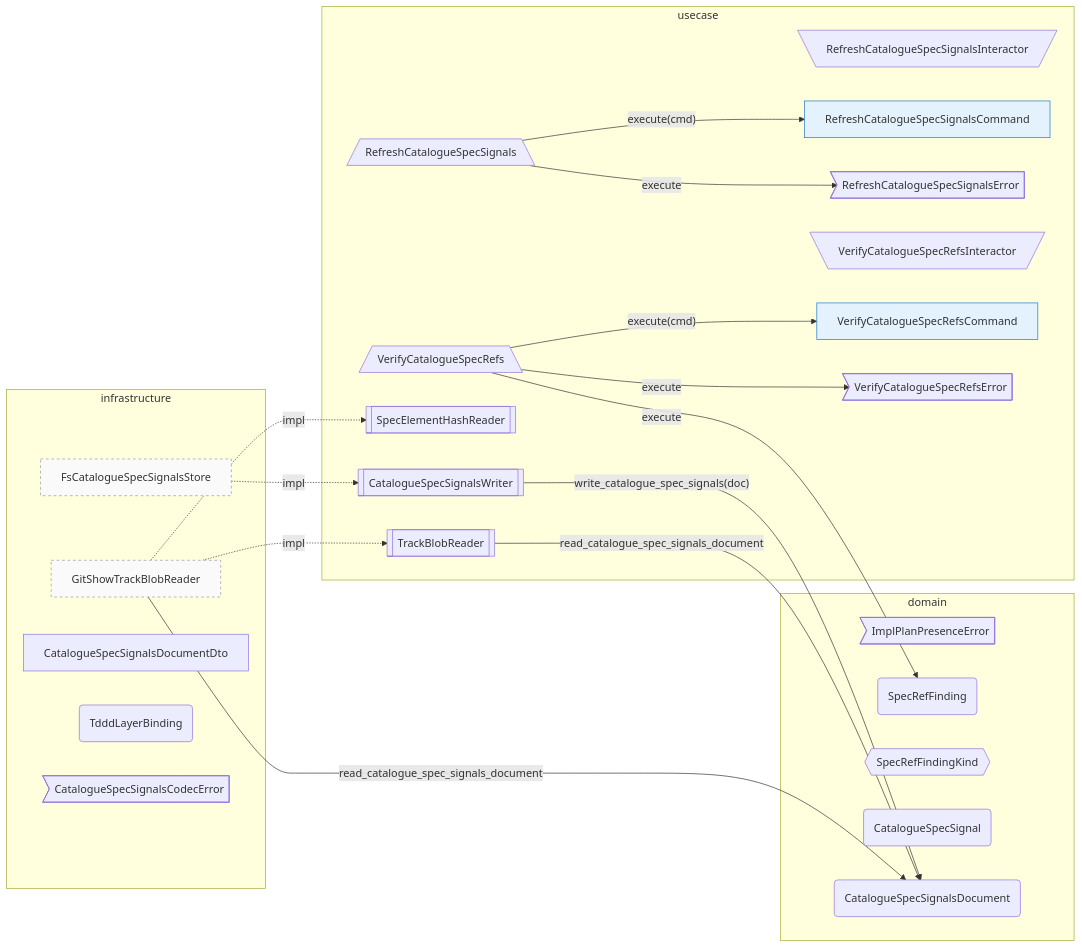
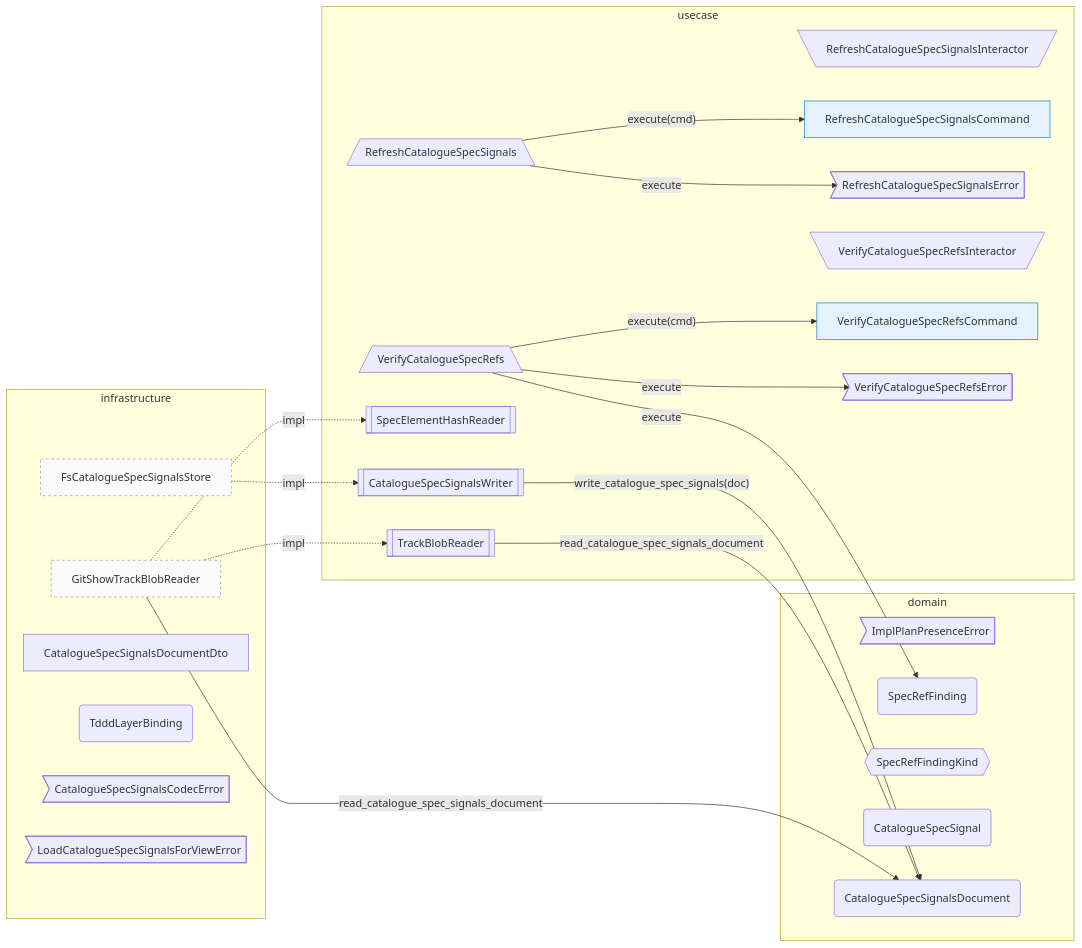
The diagram in track/items/catalogue-spec-signal-activation-2026-04-23/contract-map.md (Flip451/SoTOHE-core), drawn with Mermaid before and after one commit. The commit also changed 29 other files, not shown here.

First line of the commit message:
refactor: remove check_impl_plan_presence + fail-closed view-load (T024/T025)

````diff
--- a/track/items/catalogue-spec-signal-activation-2026-04-23/contract-map.md
+++ b/track/items/catalogue-spec-signal-activation-2026-04-23/contract-map.md
@@ -1,45 +1,46 @@
 ```mermaid
 flowchart LR
     classDef secondary_adapter fill:#fafafa,stroke:#999,stroke-dasharray: 4 4
     classDef command fill:#e3f2fd,stroke:#1976d2
     classDef query fill:#f3e5f5,stroke:#8e24aa
     classDef factory fill:#fff8e1,stroke:#f9a825
     subgraph domain [domain]
         L6_domain_ImplPlanPresenceError>ImplPlanPresenceError]
         L6_domain_SpecRefFinding(SpecRefFinding)
         L6_domain_SpecRefFindingKind{{SpecRefFindingKind}}
         L6_domain_CatalogueSpecSignal(CatalogueSpecSignal)
         L6_domain_CatalogueSpecSignalsDocument(CatalogueSpecSignalsDocument)
     end
     subgraph usecase [usecase]
         L7_usecase_RefreshCatalogueSpecSignalsInteractor[\RefreshCatalogueSpecSignalsInteractor/]
         L7_usecase_RefreshCatalogueSpecSignals[/RefreshCatalogueSpecSignals\]
         L7_usecase_RefreshCatalogueSpecSignalsCommand[RefreshCatalogueSpecSignalsCommand]:::command
         L7_usecase_RefreshCatalogueSpecSignalsError>RefreshCatalogueSpecSignalsError]
         L7_usecase_VerifyCatalogueSpecRefsInteractor[\VerifyCatalogueSpecRefsInteractor/]
         L7_usecase_VerifyCatalogueSpecRefs[/VerifyCatalogueSpecRefs\]
         L7_usecase_VerifyCatalogueSpecRefsCommand[VerifyCatalogueSpecRefsCommand]:::command
         L7_usecase_VerifyCatalogueSpecRefsError>VerifyCatalogueSpecRefsError]
         L7_usecase_SpecElementHashReader[[SpecElementHashReader]]
         L7_usecase_TrackBlobReader[[TrackBlobReader]]
         L7_usecase_CatalogueSpecSignalsWriter[[CatalogueSpecSignalsWriter]]
     end
     subgraph infrastructure [infrastructure]
         L14_infrastructure_GitShowTrackBlobReader[GitShowTrackBlobReader]:::secondary_adapter
         L14_infrastructure_FsCatalogueSpecSignalsStore[FsCatalogueSpecSignalsStore]:::secondary_adapter
         L14_infrastructure_CatalogueSpecSignalsDocumentDto[CatalogueSpecSignalsDocumentDto]
         L14_infrastructure_TdddLayerBinding(TdddLayerBinding)
         L14_infrastructure_CatalogueSpecSignalsCodecError>CatalogueSpecSignalsCodecError]
+        L14_infrastructure_LoadCatalogueSpecSignalsForViewError>LoadCatalogueSpecSignalsForViewError]
     end
     L14_infrastructure_FsCatalogueSpecSignalsStore -.impl.-> L7_usecase_CatalogueSpecSignalsWriter
     L14_infrastructure_GitShowTrackBlobReader -->|"read_catalogue_spec_signals_document"| L6_domain_CatalogueSpecSignalsDocument
     L14_infrastructure_GitShowTrackBlobReader -.impl.-> L7_usecase_SpecElementHashReader
     L14_infrastructure_GitShowTrackBlobReader -.impl.-> L7_usecase_TrackBlobReader
     L7_usecase_CatalogueSpecSignalsWriter -->|"write_catalogue_spec_signals(doc)"| L6_domain_CatalogueSpecSignalsDocument
     L7_usecase_RefreshCatalogueSpecSignals -->|"execute"| L7_usecase_RefreshCatalogueSpecSignalsError
     L7_usecase_RefreshCatalogueSpecSignals -->|"execute(cmd)"| L7_usecase_RefreshCatalogueSpecSignalsCommand
     L7_usecase_TrackBlobReader -->|"read_catalogue_spec_signals_document"| L6_domain_CatalogueSpecSignalsDocument
     L7_usecase_VerifyCatalogueSpecRefs -->|"execute"| L6_domain_SpecRefFinding
     L7_usecase_VerifyCatalogueSpecRefs -->|"execute"| L7_usecase_VerifyCatalogueSpecRefsError
     L7_usecase_VerifyCatalogueSpecRefs -->|"execute(cmd)"| L7_usecase_VerifyCatalogueSpecRefsCommand
 ```
````
